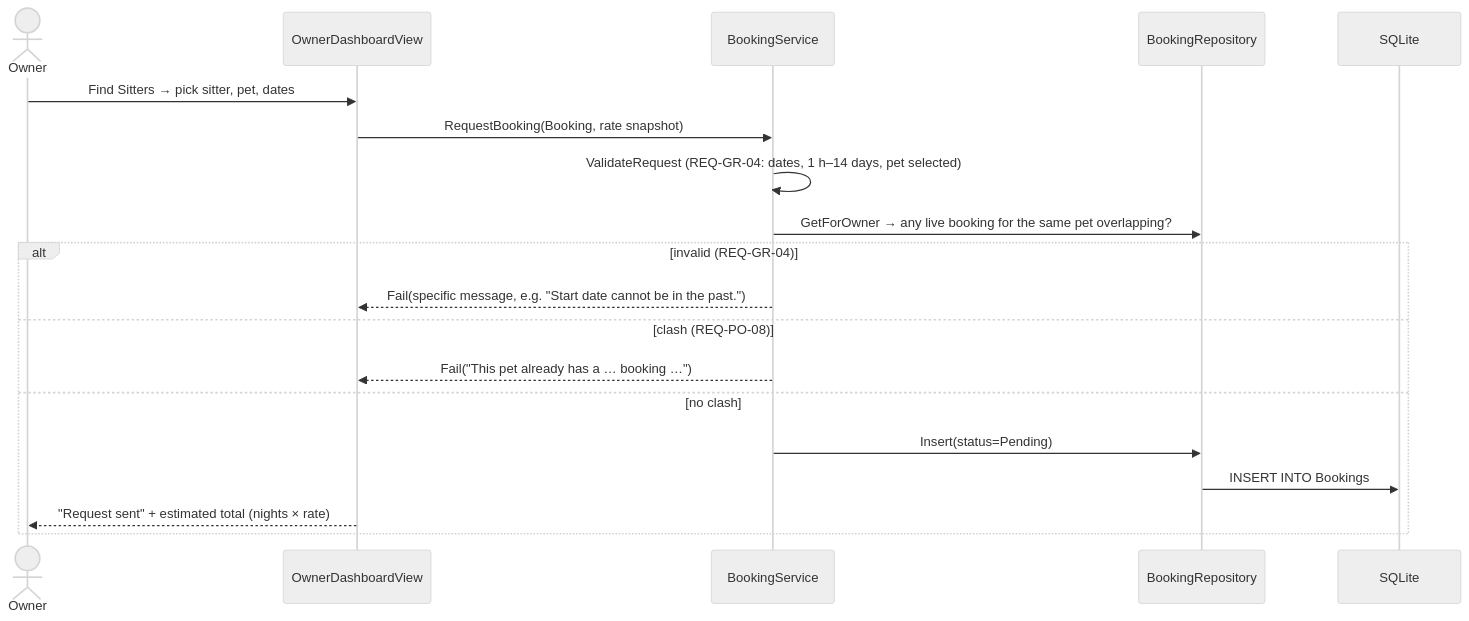
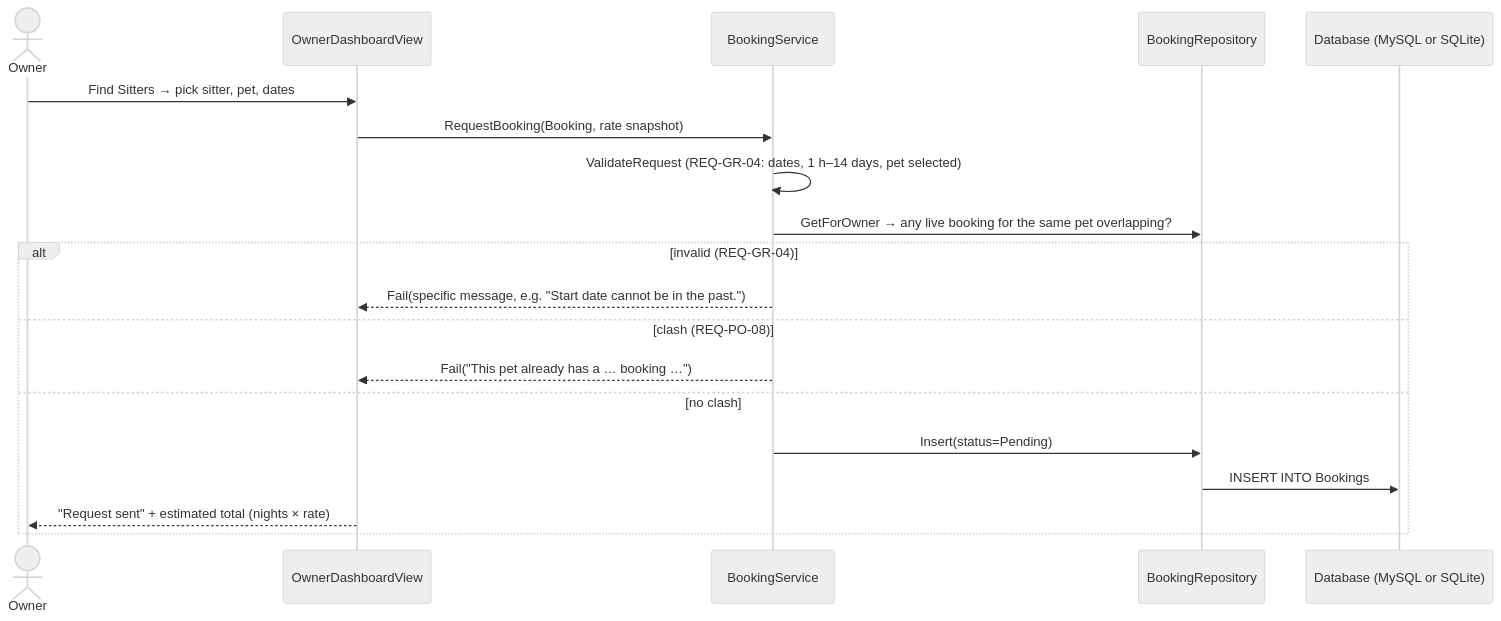
One commit to Misterdynamite/PetSitters changed the fourth of 4 diagrams in docs/Architecture.md. Above: the diagram before and after it, drawn with Mermaid (neutral theme). The commit also changed other lines of this file and 38 other files, not shown here.

Commit message:
Addressed REQ-GR-09 (proposed): MySQL cloud database with SQLite fallback (.env DATABASE_URL)

````diff
--- a/docs/Architecture.md
+++ b/docs/Architecture.md
@@ -249,22 +570,22 @@
 ```mermaid
 sequenceDiagram
     actor Owner
     participant OD as OwnerDashboardView
     participant BS as BookingService
     participant BR as BookingRepository
-    participant DB as SQLite
+    participant DB as Database (MySQL or SQLite)
 
     Owner->>OD: Find Sitters → pick sitter, pet, dates
     OD->>BS: RequestBooking(Booking, rate snapshot)
     BS->>BS: ValidateRequest (REQ-GR-04: dates, 1 h–14 days, pet selected)
     BS->>BR: GetForOwner → any live booking for the same pet overlapping?
     alt invalid (REQ-GR-04)
         BS-->>OD: Fail(specific message, e.g. "Start date cannot be in the past.")
     else clash (REQ-PO-08)
         BS-->>OD: Fail("This pet already has a … booking …")
     else no clash
         BS->>BR: Insert(status=Pending)
         BR->>DB: INSERT INTO Bookings
         OD-->>Owner: "Request sent" + estimated total (nights × rate)
     end
 ```
````
